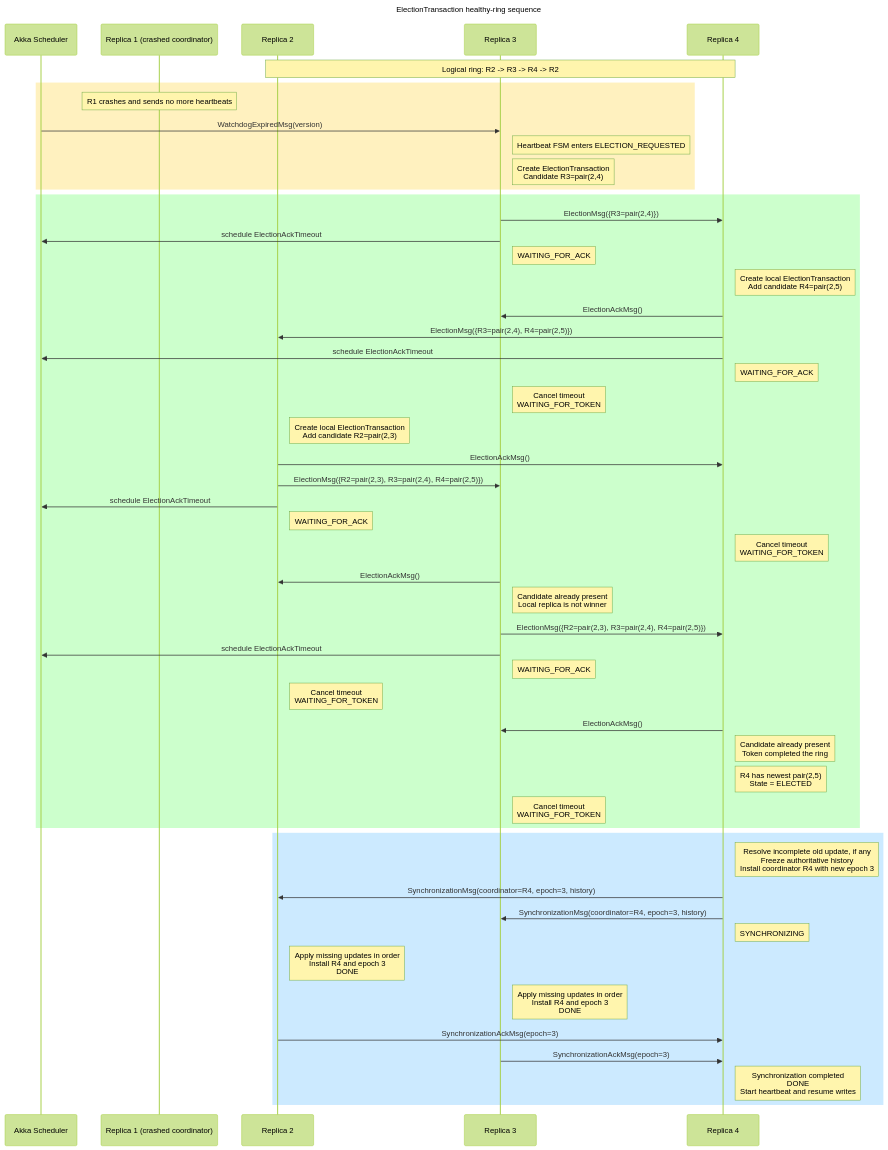
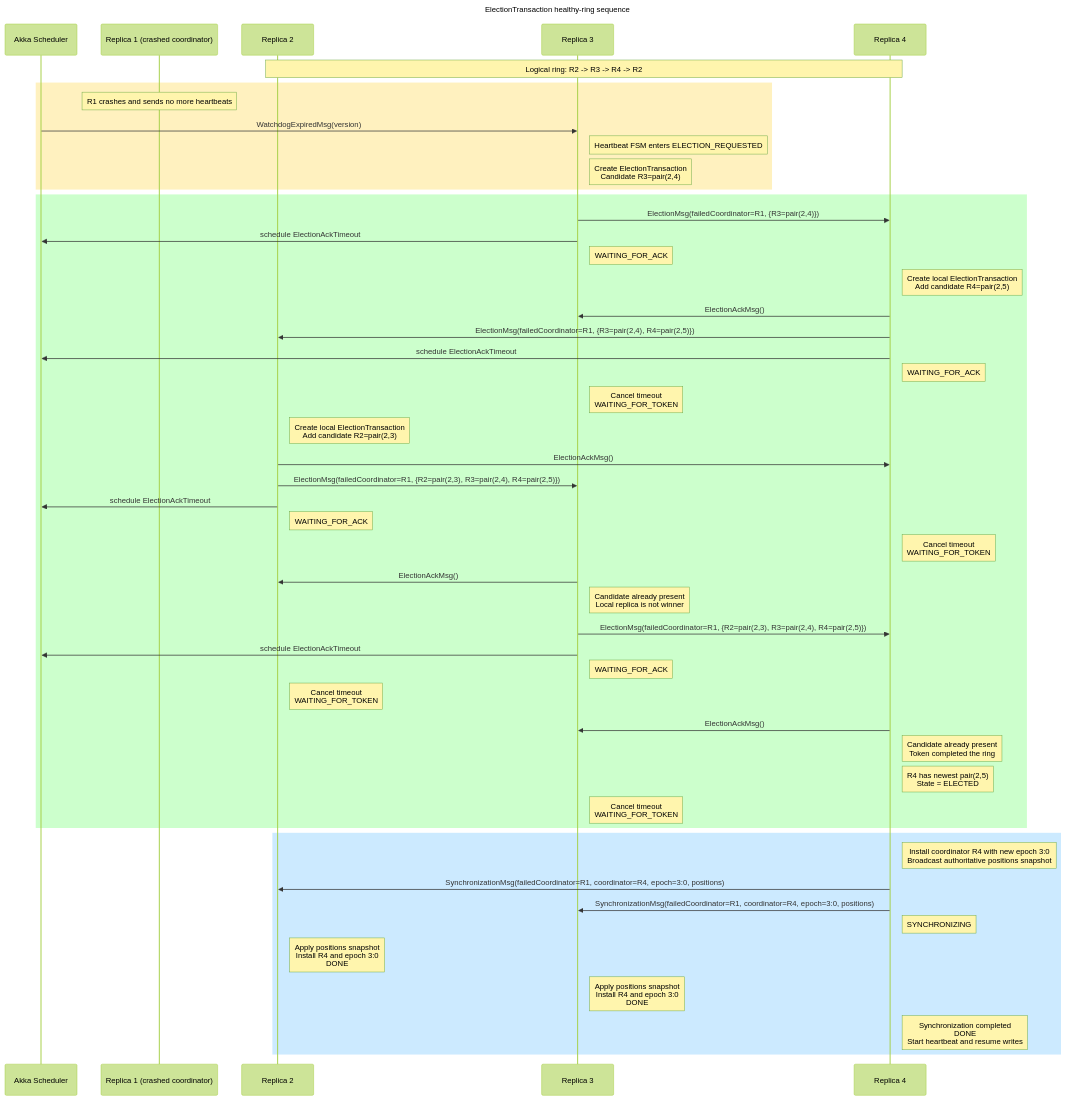
Before and after one commit to alanmasu/CoreDump_DS_Project: the diagram in charts/Transactions/transaction_Election.mmd, drawn with Mermaid. The commit also changed 4 other files, not shown here.

First line of the commit message:
feat(election): implement ring-based coordinator election flow

```diff
--- a/charts/Transactions/transaction_Election.mmd
+++ b/charts/Transactions/transaction_Election.mmd
@@ -1,73 +1,68 @@
 ---
 title: ElectionTransaction healthy-ring sequence
 config:
   theme: forest
 ---
 
 sequenceDiagram
     participant S as Akka Scheduler
     participant R1 as Replica 1 (crashed coordinator)
     participant R2 as Replica 2
     participant R3 as Replica 3
     participant R4 as Replica 4
 
     Note over R2,R4: Logical ring: R2 -> R3 -> R4 -> R2
 
     rect rgba(255, 200, 0, 0.25)
         Note over R1: R1 crashes and sends no more heartbeats
         S ->> R3: WatchdogExpiredMsg(version)
         Note right of R3: Heartbeat FSM enters ELECTION_REQUESTED
         Note right of R3: Create ElectionTransaction<br/>Candidate R3=pair(2,4)
     end
 
     rect rgba(0, 255, 0, 0.20)
-        R3 ->> R4: ElectionMsg({R3=pair(2,4)})
+        R3 ->> R4: ElectionMsg(failedCoordinator=R1, {R3=pair(2,4)})
         R3 ->> S: schedule ElectionAckTimeout
         Note right of R3: WAITING_FOR_ACK
 
         Note right of R4: Create local ElectionTransaction<br/>Add candidate R4=pair(2,5)
         R4 ->> R3: ElectionAckMsg()
-        R4 ->> R2: ElectionMsg({R3=pair(2,4), R4=pair(2,5)})
+        R4 ->> R2: ElectionMsg(failedCoordinator=R1, {R3=pair(2,4), R4=pair(2,5)})
         R4 ->> S: schedule ElectionAckTimeout
         Note right of R4: WAITING_FOR_ACK
 
         Note right of R3: Cancel timeout<br/>WAITING_FOR_TOKEN
 
         Note right of R2: Create local ElectionTransaction<br/>Add candidate R2=pair(2,3)
         R2 ->> R4: ElectionAckMsg()
-        R2 ->> R3: ElectionMsg({R2=pair(2,3), R3=pair(2,4), R4=pair(2,5)})
+        R2 ->> R3: ElectionMsg(failedCoordinator=R1, {R2=pair(2,3), R3=pair(2,4), R4=pair(2,5)})
         R2 ->> S: schedule ElectionAckTimeout
         Note right of R2: WAITING_FOR_ACK
 
         Note right of R4: Cancel timeout<br/>WAITING_FOR_TOKEN
 
         R3 ->> R2: ElectionAckMsg()
         Note right of R3: Candidate already present<br/>Local replica is not winner
-        R3 ->> R4: ElectionMsg({R2=pair(2,3), R3=pair(2,4), R4=pair(2,5)})
+        R3 ->> R4: ElectionMsg(failedCoordinator=R1, {R2=pair(2,3), R3=pair(2,4), R4=pair(2,5)})
         R3 ->> S: schedule ElectionAckTimeout
         Note right of R3: WAITING_FOR_ACK
 
         Note right of R2: Cancel timeout<br/>WAITING_FOR_TOKEN
 
         R4 ->> R3: ElectionAckMsg()
         Note right of R4: Candidate already present<br/>Token completed the ring
         Note right of R4: R4 has newest pair(2,5)<br/>State = ELECTED
         Note right of R3: Cancel timeout<br/>WAITING_FOR_TOKEN
     end
 
     rect rgba(0, 150, 255, 0.20)
-        Note right of R4: Resolve incomplete old update, if any<br/>Freeze authoritative history<br/>Install coordinator R4 with new epoch 3
-        R4 ->> R2: SynchronizationMsg(coordinator=R4, epoch=3, history)
-        R4 ->> R3: SynchronizationMsg(coordinator=R4, epoch=3, history)
+        Note right of R4: Install coordinator R4 with new epoch 3:0<br/>Broadcast authoritative positions snapshot
+        R4 ->> R2: SynchronizationMsg(failedCoordinator=R1, coordinator=R4, epoch=3:0, positions)
+        R4 ->> R3: SynchronizationMsg(failedCoordinator=R1, coordinator=R4, epoch=3:0, positions)
         Note right of R4: SYNCHRONIZING
 
-        Note right of R2: Apply missing updates in order<br/>Install R4 and epoch 3<br/>DONE
-        Note right of R3: Apply missing updates in order<br/>Install R4 and epoch 3<br/>DONE
-
-        %% Proposed acknowledgements make synchronization completion observable
-        %% to the new coordinator before it resumes processing writes.
-        R2 ->> R4: SynchronizationAckMsg(epoch=3)
-        R3 ->> R4: SynchronizationAckMsg(epoch=3)
+        Note right of R2: Apply positions snapshot<br/>Install R4 and epoch 3:0<br/>DONE
+        Note right of R3: Apply positions snapshot<br/>Install R4 and epoch 3:0<br/>DONE
 
         Note right of R4: Synchronization completed<br/>DONE<br/>Start heartbeat and resume writes
     end
```
